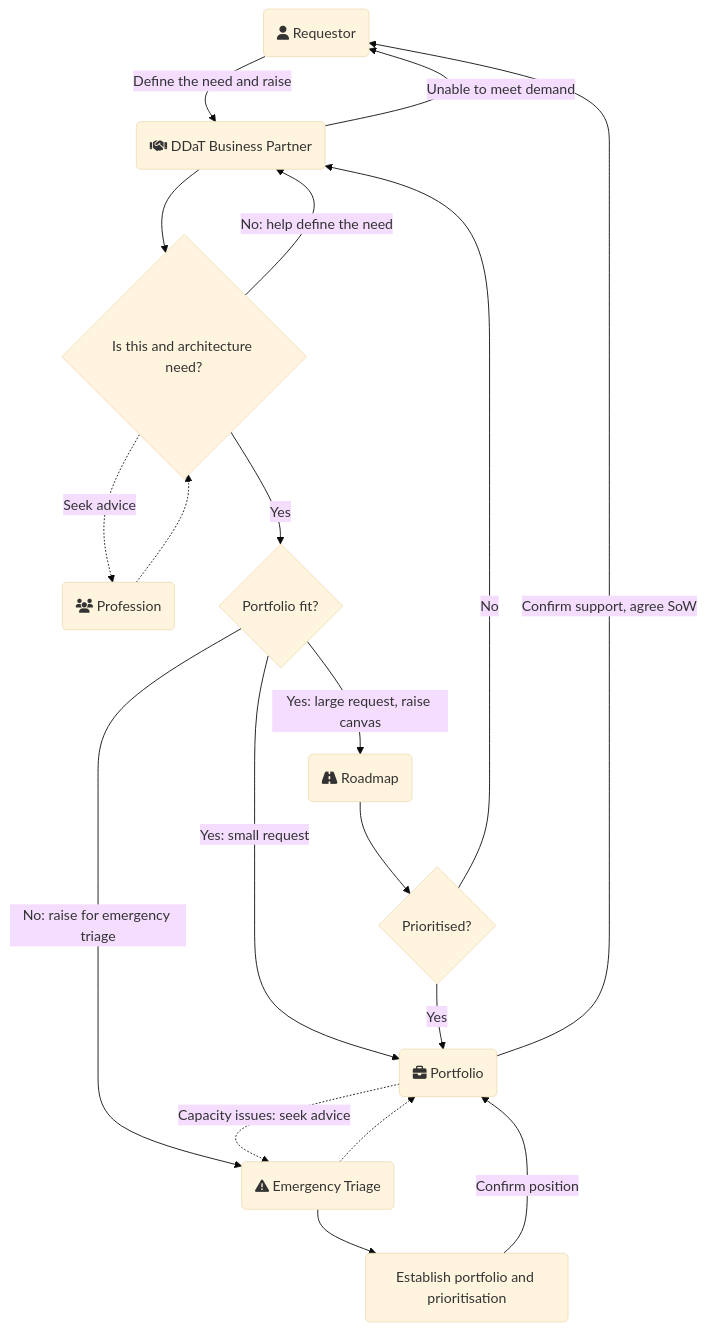
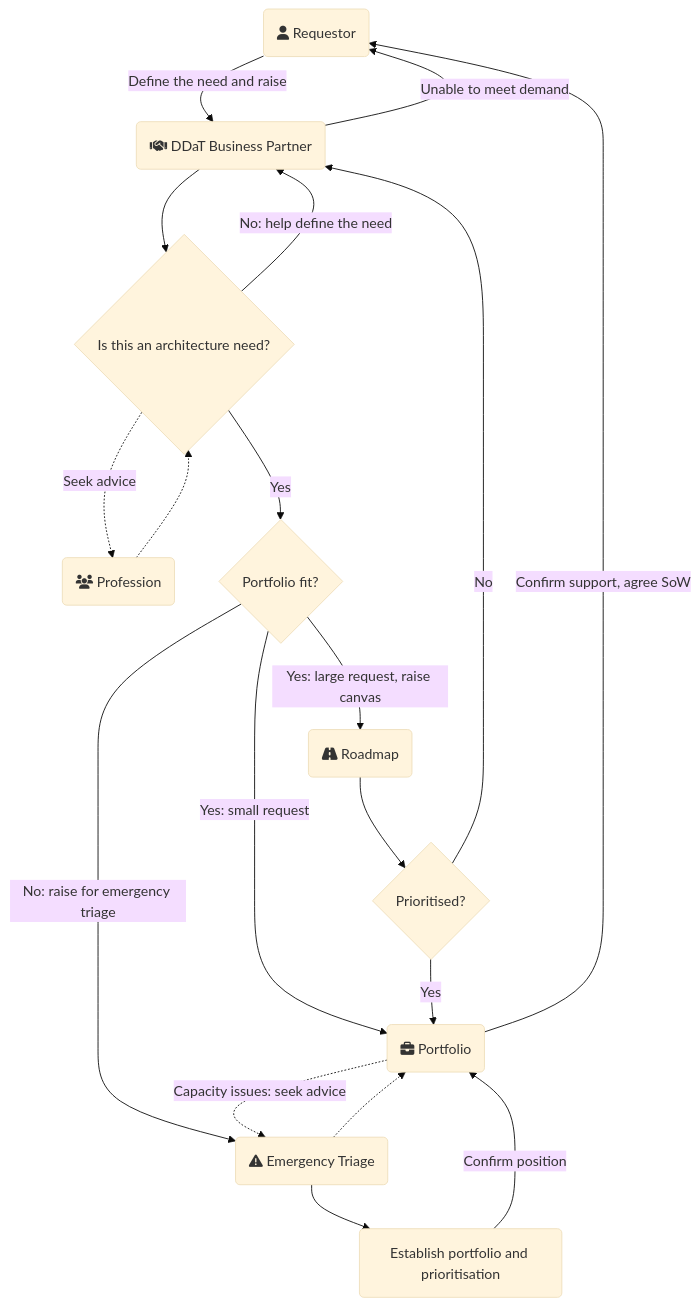
One commit to DFE-Digital/architecture changed the diagram in profession/get-help-with-architecture-flow.md. Above: the diagram before and after it, drawn with Mermaid (base theme).

Commit message:
Update get-help-with-architecture-flow.md
Correct typo

````diff
--- a/profession/get-help-with-architecture-flow.md
+++ b/profession/get-help-with-architecture-flow.md
@@ -11,21 +11,21 @@
 ```mermaid
 graph TD
     A(fa:fa-user Requestor) -->|Define the need and raise| B(fa:fa-handshake DDaT Business Partner)
-    B --> C{Is this and architecture need?}
+    B --> C{Is this an architecture need?}
     C -.-> |Seek advice| D(fa:fa-users Profession)
     D -.-> C
     C --> |No: help define the need| B
     C --> |Yes|E{Portfolio fit?}
     E --> |Yes: small request| F(fa:fa-briefcase Portfolio)
     E --> |Yes: large request, raise canvas| G(fa:fa-road Roadmap)
     E --> |No: raise for emergency triage| H(fa:fa-exclamation-triangle Emergency Triage)
     F --> |Confirm support, agree SoW| A
     G --> I{Prioritised?}
     I --> |Yes| F
     I --> |No| B
     B --> |Unable to meet demand| A
     F -.-> |Capacity issues: seek advice| H
     H -.-> F
     H --> J(Establish portfolio and prioritisation)
     J --> |Confirm position|F
 ```
````
